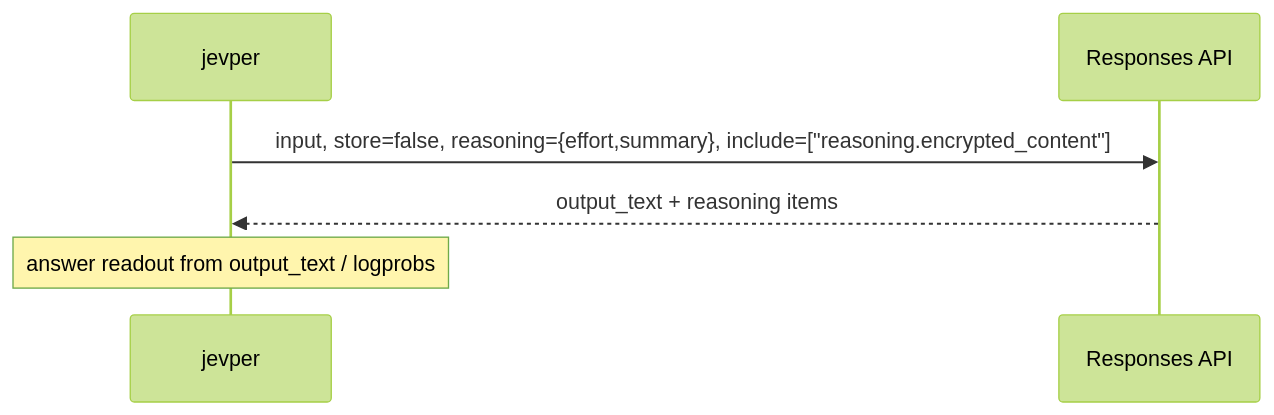
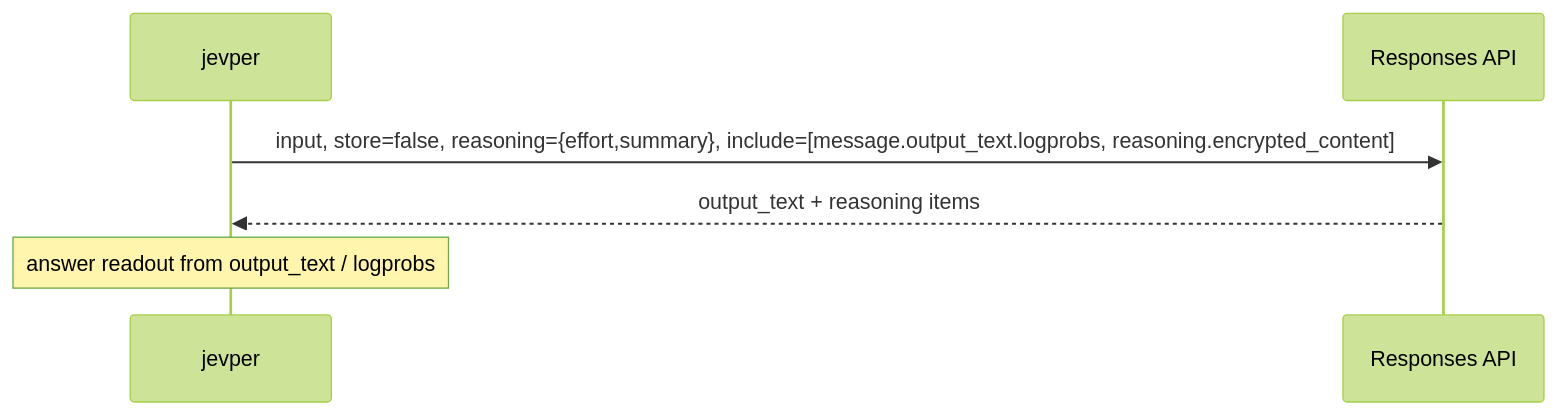
The first of 2 diagrams in docs/reasoning.md (zhulinchng/jevper), drawn with Mermaid (forest theme) before and after one commit. The commit also changed other lines of this file and 16 other files, not shown here.

````diff
--- a/docs/reasoning.md
+++ b/docs/reasoning.md
@@ -48,8 +63,8 @@
 ```mermaid
 sequenceDiagram
     participant C as jevper
     participant P as Responses API
-    C->>P: input, store=false, reasoning={effort,summary}, include=["reasoning.encrypted_content"]
+    C->>P: input, store=false, reasoning={effort,summary}, include=[message.output_text.logprobs, reasoning.encrypted_content]
     P-->>C: output_text + reasoning items
     Note over C: answer readout from output_text / logprobs
 ```
````
